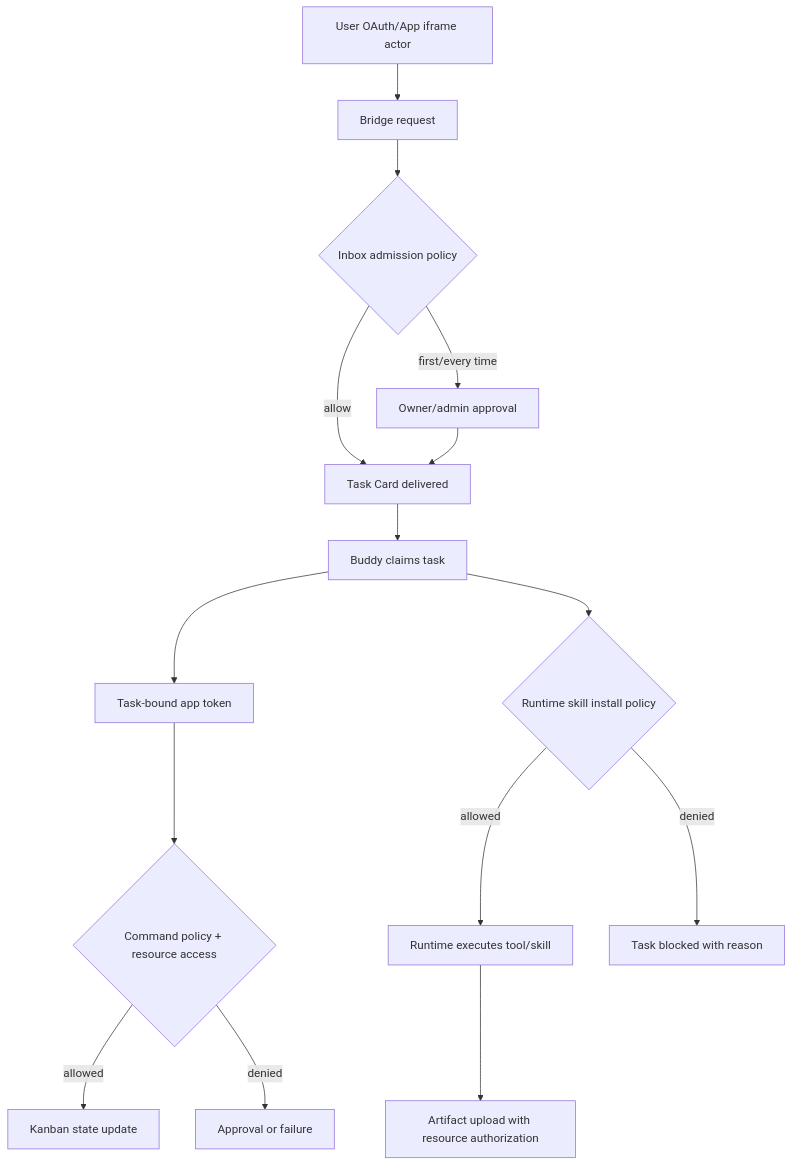
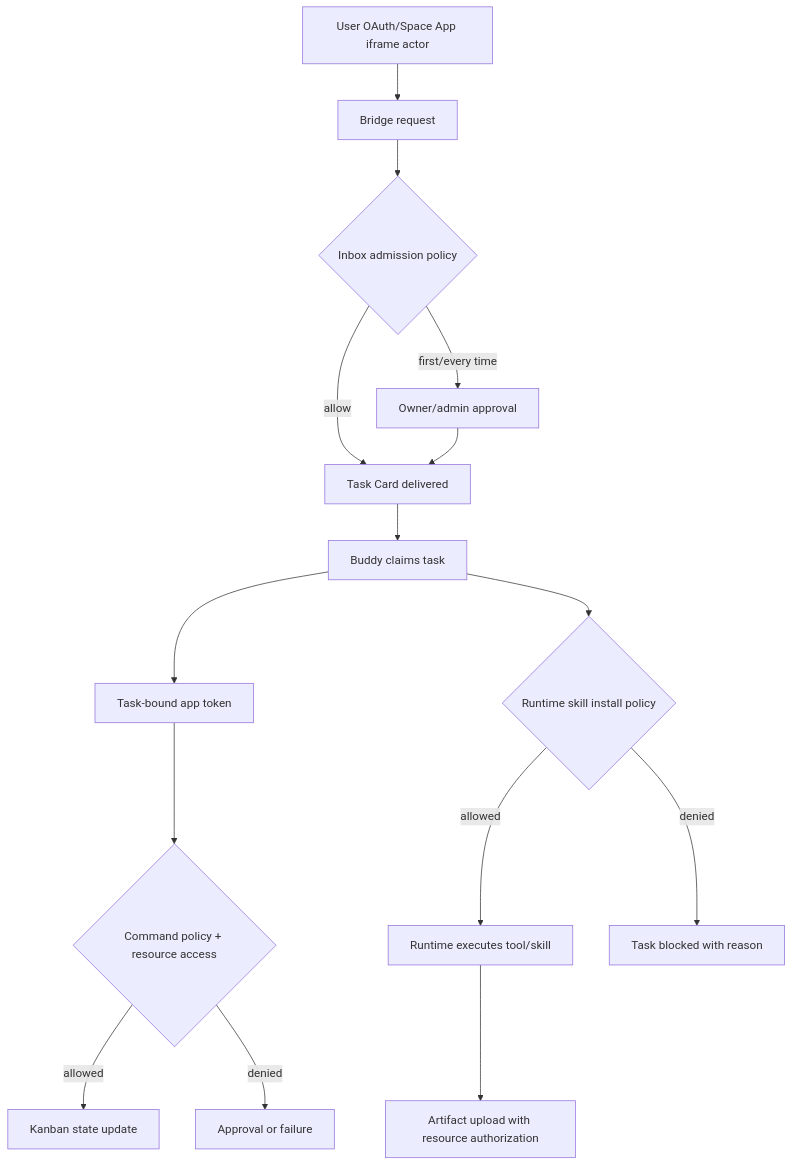
Before and after one commit to buggyblues/shadow: the third of 4 diagrams in docs/development/buddy-coordinator-kanban-runtime-research.md, drawn with Mermaid. The commit also changed other lines of this file and 1186 other files, not shown here.

````diff
--- a/docs/development/buddy-coordinator-kanban-runtime-research.md
+++ b/docs/development/buddy-coordinator-kanban-runtime-research.md
@@ -238,17 +238,17 @@
 ```mermaid
 flowchart TD
-  A["User OAuth/App iframe actor"] --> B["Bridge request"]
+  A["User OAuth/Space App iframe actor"] --> B["Bridge request"]
   B --> C{"Inbox admission policy"}
   C -- "allow" --> D["Task Card delivered"]
   C -- "first/every time" --> E["Owner/admin approval"]
   E --> D
   D --> F["Buddy claims task"]
   F --> G["Task-bound app token"]
   G --> H{"Command policy + resource access"}
   H -- "allowed" --> I["Kanban state update"]
   H -- "denied" --> J["Approval or failure"]
   F --> K{"Runtime skill install policy"}
   K -- "allowed" --> L["Runtime executes tool/skill"]
   K -- "denied" --> M["Task blocked with reason"]
   L --> N["Artifact upload with resource authorization"]
 ```
````
